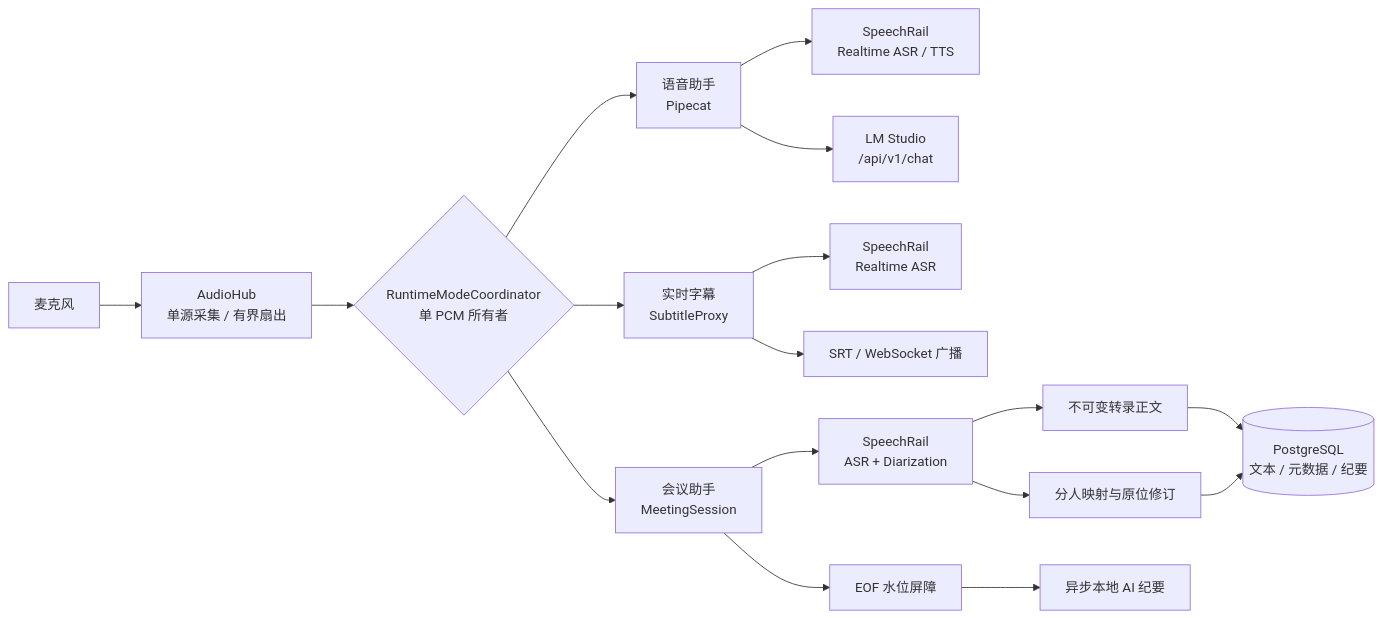
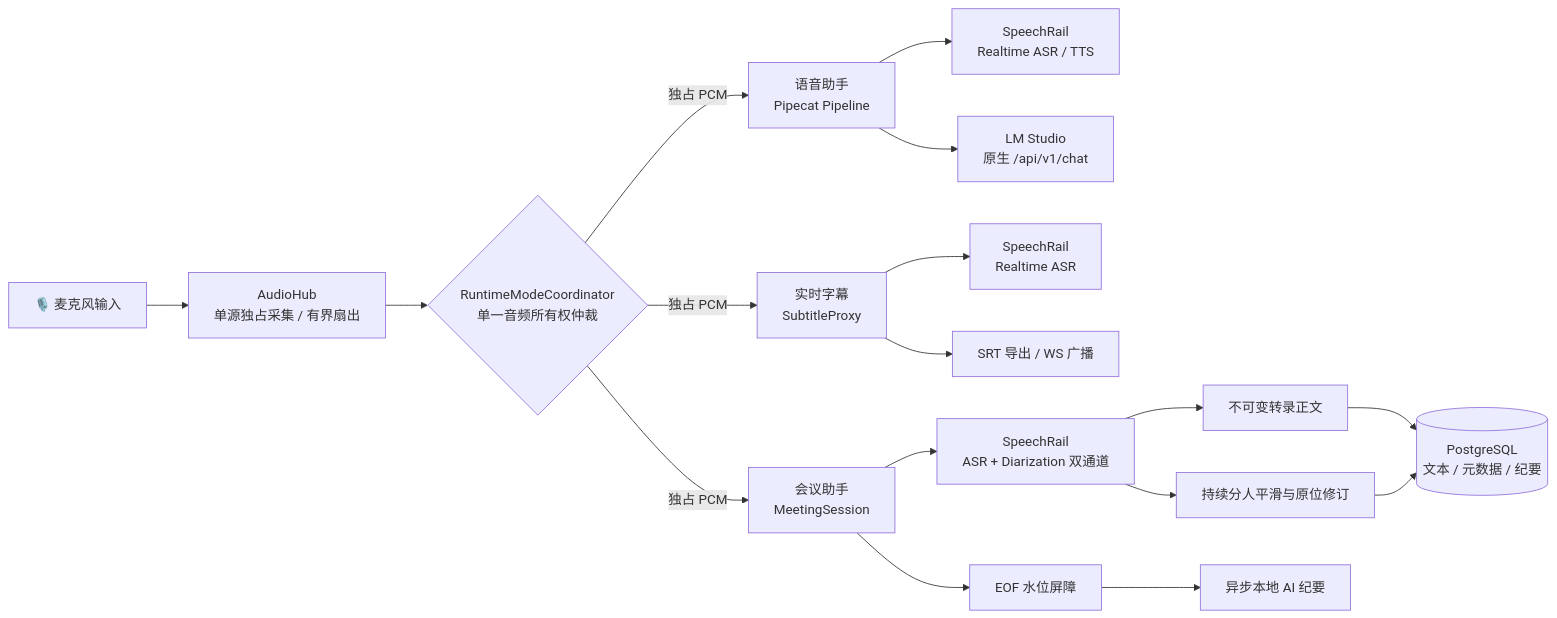
Before and after one commit to hrygo/sona: the diagram in README.md, drawn with Mermaid. The commit also changed other lines of this file and 1 other file, not shown here.

````diff
--- a/README.md
+++ b/README.md
@@ -57,23 +69,23 @@
 ```mermaid
 flowchart LR
-    MIC[麦克风] --> HUB[AudioHub<br/>单源采集 / 有界扇出]
-    HUB --> MODE{RuntimeModeCoordinator<br/>单 PCM 所有者}
+    MIC[🎙️ 麦克风输入] --> HUB[AudioHub<br/>单源独占采集 / 有界扇出]
+    HUB --> MODE{RuntimeModeCoordinator<br/>单一音频所有权仲裁}
 
-    MODE --> ASSIST[语音助手<br/>Pipecat]
-    MODE --> SUB[实时字幕<br/>SubtitleProxy]
-    MODE --> MEET[会议助手<br/>MeetingSession]
+    MODE -->|独占 PCM| ASSIST[语音助手<br/>Pipecat Pipeline]
+    MODE -->|独占 PCM| SUB[实时字幕<br/>SubtitleProxy]
+    MODE -->|独占 PCM| MEET[会议助手<br/>MeetingSession]
 
     ASSIST --> SR1[SpeechRail<br/>Realtime ASR / TTS]
-    ASSIST --> LLM1[LM Studio<br/>/api/v1/chat]
+    ASSIST --> LLM1[LM Studio<br/>原生 /api/v1/chat]
 
     SUB --> SR2[SpeechRail<br/>Realtime ASR]
-    SUB --> SRT[SRT / WebSocket 广播]
+    SUB --> SRT[SRT 导出 / WS 广播]
 
-    MEET --> SR3[SpeechRail<br/>ASR + Diarization]
+    MEET --> SR3[SpeechRail<br/>ASR + Diarization 双通道]
     SR3 --> TEXT[不可变转录正文]
-    SR3 --> SPEAKER[分人映射与原位修订]
+    SR3 --> SPEAKER[持续分人平滑与原位修订]
     TEXT --> DB[(PostgreSQL<br/>文本 / 元数据 / 纪要)]
     SPEAKER --> DB
     MEET --> EOF[EOF 水位屏障]
     EOF --> SUMMARY[异步本地 AI 纪要]
 ```
````
